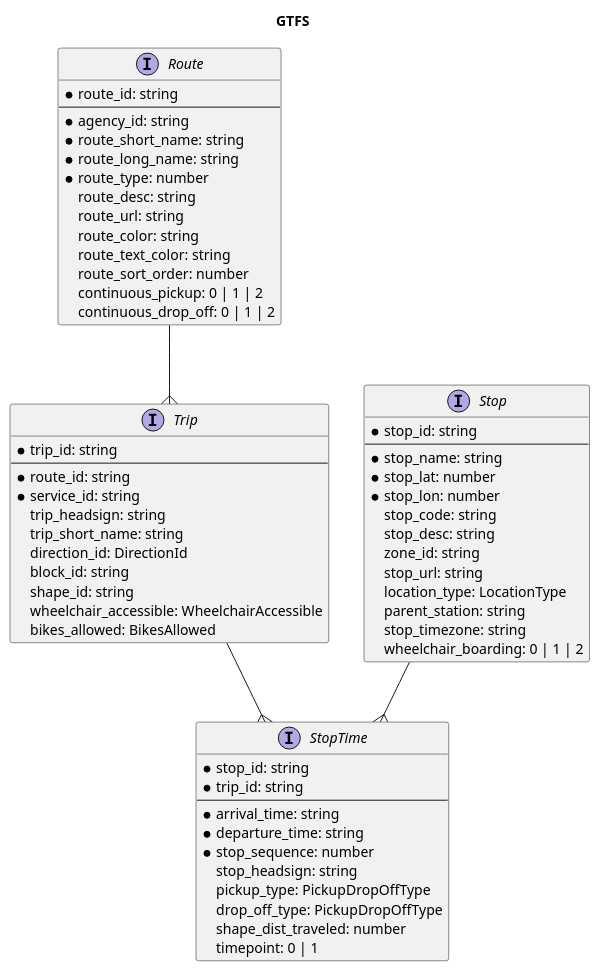
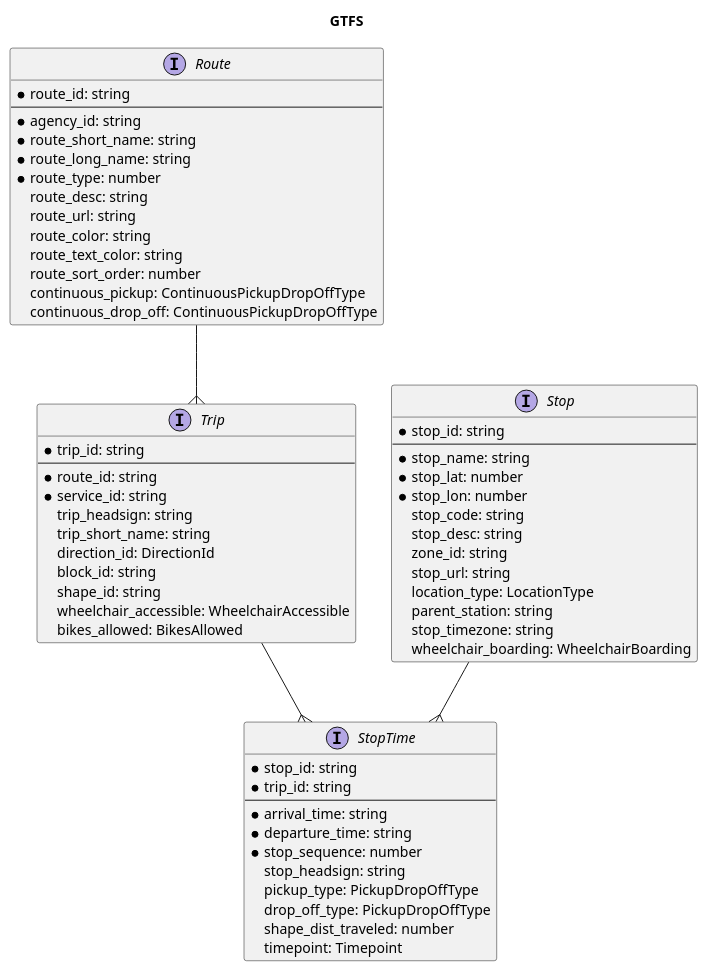
Before and after one commit to danielngan/gotrack: the diagram in core/ERDiagram.puml, drawn with PlantUML. The commit also changed 5 other files, not shown here.

```diff
--- a/core/ERDiagram.puml
+++ b/core/ERDiagram.puml
@@ -1,71 +1,71 @@
 @startuml
 '*https://plantuml.com/class-diagram
 
 title GTFS
 
 interface Route {
     *route_id: string
     --
     *agency_id: string
     *route_short_name: string
     *route_long_name: string
     *route_type: number
     route_desc: string
     route_url: string
     route_color: string
     route_text_color: string
     route_sort_order: number
-    continuous_pickup: 0 | 1 | 2
-    continuous_drop_off: 0 | 1 | 2
+    continuous_pickup: ContinuousPickupDropOffType
+    continuous_drop_off: ContinuousPickupDropOffType
 }
 
 interface Stop {
     *stop_id: string
     --
     *stop_name: string
     *stop_lat: number
     *stop_lon: number
     stop_code: string
     stop_desc: string
     zone_id: string
     stop_url: string
     location_type: LocationType
     parent_station: string
     stop_timezone: string
-    wheelchair_boarding: 0 | 1 | 2
+    wheelchair_boarding: WheelchairBoarding
 }
 
 interface StopTime {
     *stop_id: string
     *trip_id: string
     --
     *arrival_time: string
     *departure_time: string
     *stop_sequence: number
     stop_headsign: string
     pickup_type: PickupDropOffType
     drop_off_type: PickupDropOffType
     shape_dist_traveled: number
-    timepoint: 0 | 1
+    timepoint: Timepoint
 }
 
 interface Trip {
     *trip_id: string
     --
     *route_id: string
     *service_id: string
     trip_headsign: string
     trip_short_name: string
     direction_id: DirectionId
     block_id: string
     shape_id: string
     wheelchair_accessible: WheelchairAccessible
     bikes_allowed: BikesAllowed
 }
 
 Route --{ Trip
 Trip --{ StopTime
 Stop --{ StopTime
 
 
 @enduml
```
